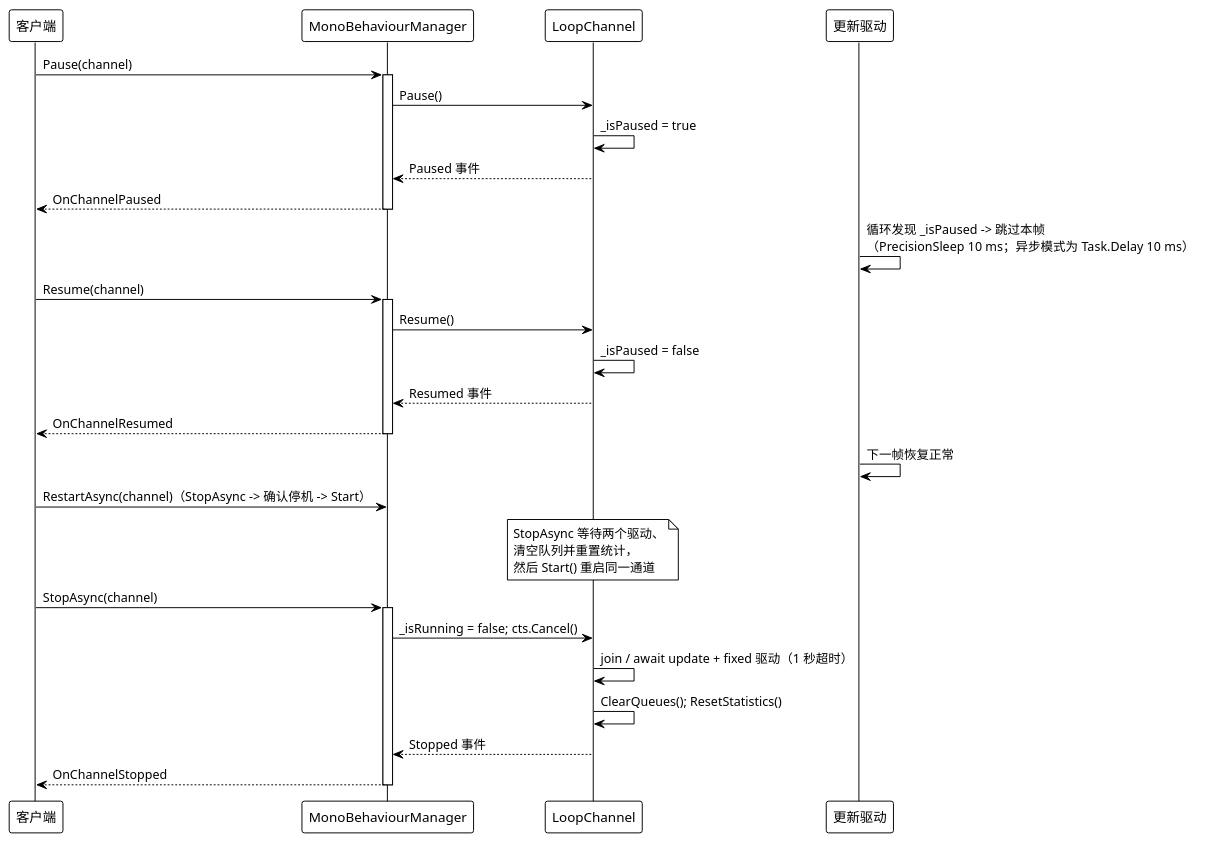
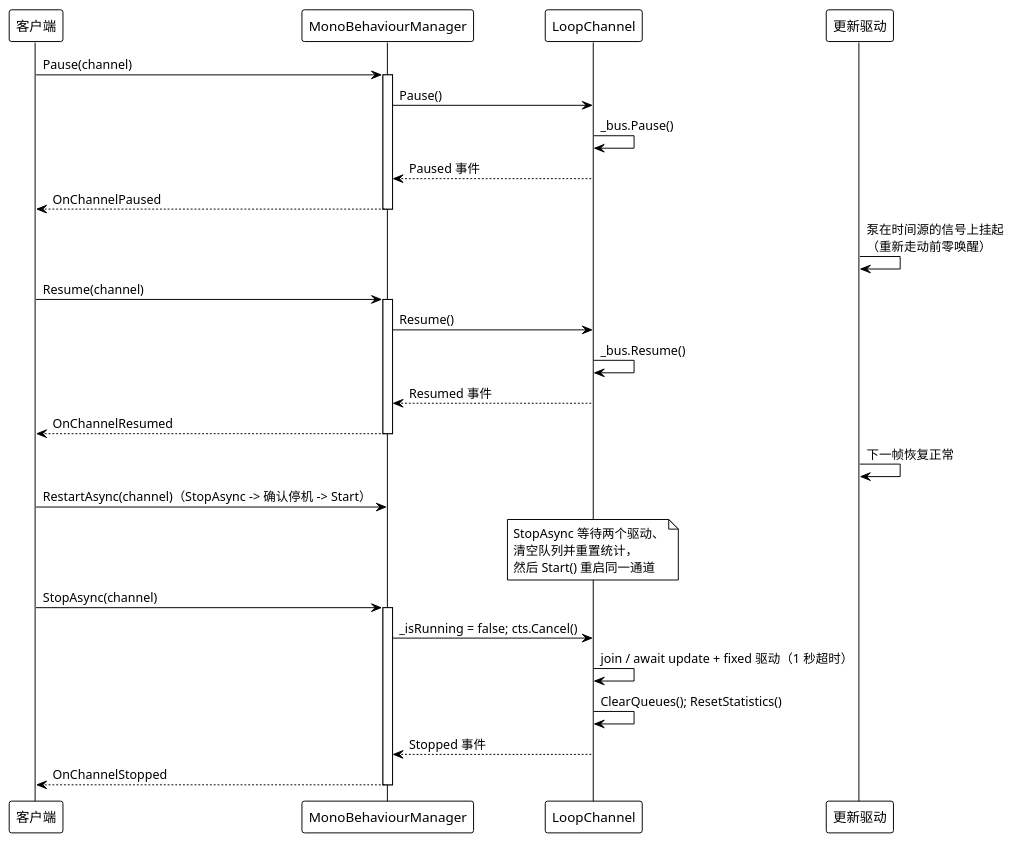
One commit to Axvser/VeloxDev.Docs changed the second of 6 diagrams in src/CloudGlyph/Assets/Docs/content/zh/3_SE分析/03_数据流分析/06_MonoBehaviour/index.md. Above: the diagram before and after it, drawn with PlantUML. The commit also changed other lines of this file and 37 other files, not shown here.

````diff
--- a/src/CloudGlyph/Assets/Docs/content/zh/3_SE分析/03_数据流分析/06_MonoBehaviour/index.md
+++ b/src/CloudGlyph/Assets/Docs/content/zh/3_SE分析/03_数据流分析/06_MonoBehaviour/index.md
@@ -81,42 +77,42 @@
 ```plantuml
 @startuml
 !theme plain
 
 participant "客户端" as C
 participant "MonoBehaviourManager" as M
 participant "LoopChannel" as L
 participant "更新驱动" as U
 
 C -> M: Pause(channel)
 activate M
 M -> L: Pause()
-L -> L: _isPaused = true
+L -> L: _bus.Pause()
 L --> M: Paused 事件
 M --> C: OnChannelPaused
 deactivate M
 
-U -> U: 循环发现 _isPaused -> 跳过本帧\n（PrecisionSleep 10 ms；异步模式为 Task.Delay 10 ms）
+U -> U: 泵在时间源的信号上挂起\n（重新走动前零唤醒）
 
 C -> M: Resume(channel)
 activate M
 M -> L: Resume()
-L -> L: _isPaused = false
+L -> L: _bus.Resume()
 L --> M: Resumed 事件
 M --> C: OnChannelResumed
 deactivate M
 
 U -> U: 下一帧恢复正常
 
 C -> M: RestartAsync(channel)（StopAsync -> 确认停机 -> Start）
 note over L: StopAsync 等待两个驱动、\n清空队列并重置统计，\n然后 Start() 重启同一通道
 
 C -> M: StopAsync(channel)
 activate M
 M -> L: _isRunning = false; cts.Cancel()
 L -> L: join / await update + fixed 驱动（1 秒超时）
 L -> L: ClearQueues(); ResetStatistics()
 L --> M: Stopped 事件
 M --> C: OnChannelStopped
 deactivate M
 @enduml
 ```
````
